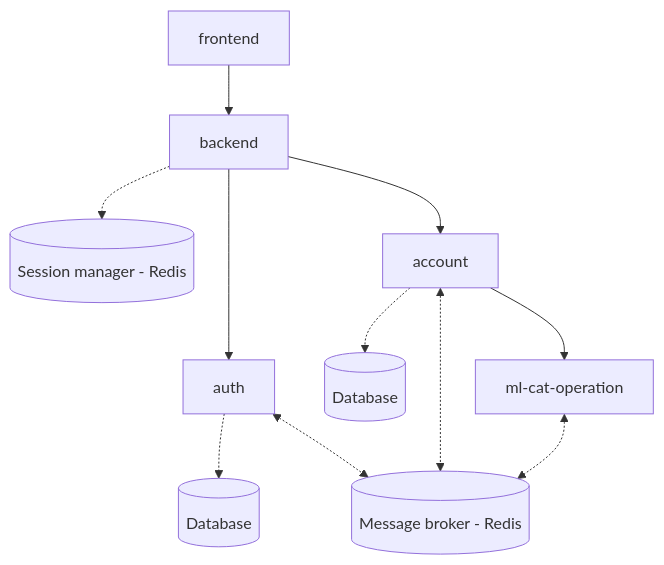
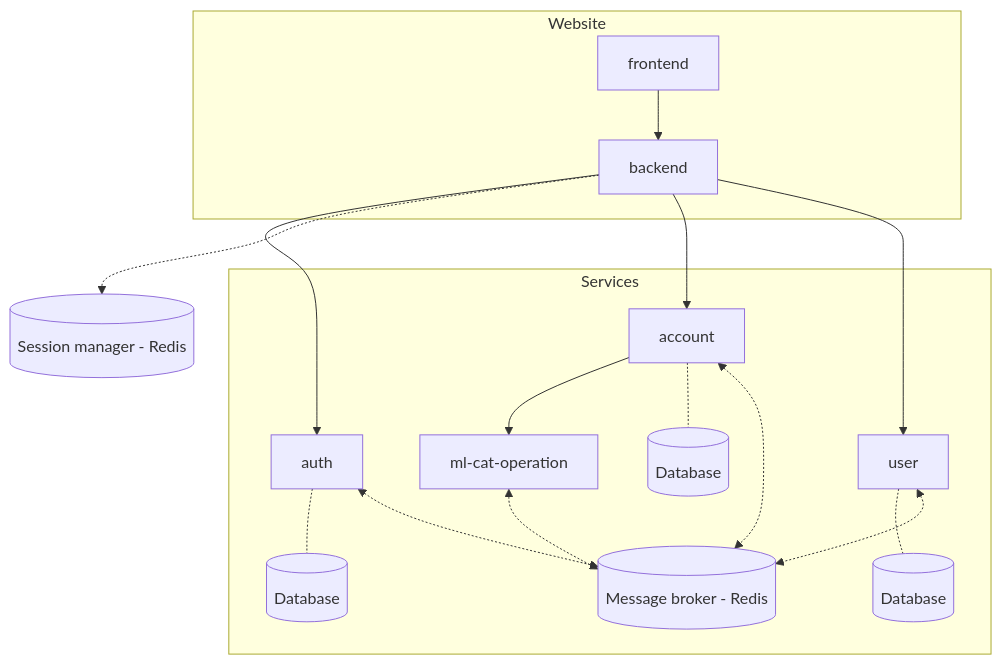
One commit to AgRenaud/tirelire changed the diagram in README.md. Above: the diagram before and after it, drawn with Mermaid. The commit also changed other lines of this file and 46 other files, not shown here.

Commit message:
feat: add user services

````diff
--- a/README.md
+++ b/README.md
@@ -41,23 +42,44 @@
 ```mermaid
 flowchart TB
 
     ml_1[ml-cat-operation]
     session_manager[(Session manager - Redis)]
     db_1[(Database)]
     db_2[(Database)]
+    db_3[(Database)]
     broker[(Message broker - Redis)]
 
-    account --> ml_1
     backend --> auth
     backend -.-> session_manager
     backend --> account
+    backend --> user
+    
     frontend --> backend
     
-    
-    auth -.-> db_1
-    account -.-> db_2
+    account --> ml_1
+
+    auth -.- db_1
+    account -.- db_2
+    user -.- db_3
 
     auth <-.-> broker
     account <-.-> broker
     ml_1 <-.-> broker
+    user<-.->broker
+
+    subgraph Website
+        frontend
+        backend
+    end
+
+    subgraph Services
+        account
+        auth
+        user
+        broker
+        ml_1
+        db_1
+        db_2
+        db_3
+    end
 ```
````
